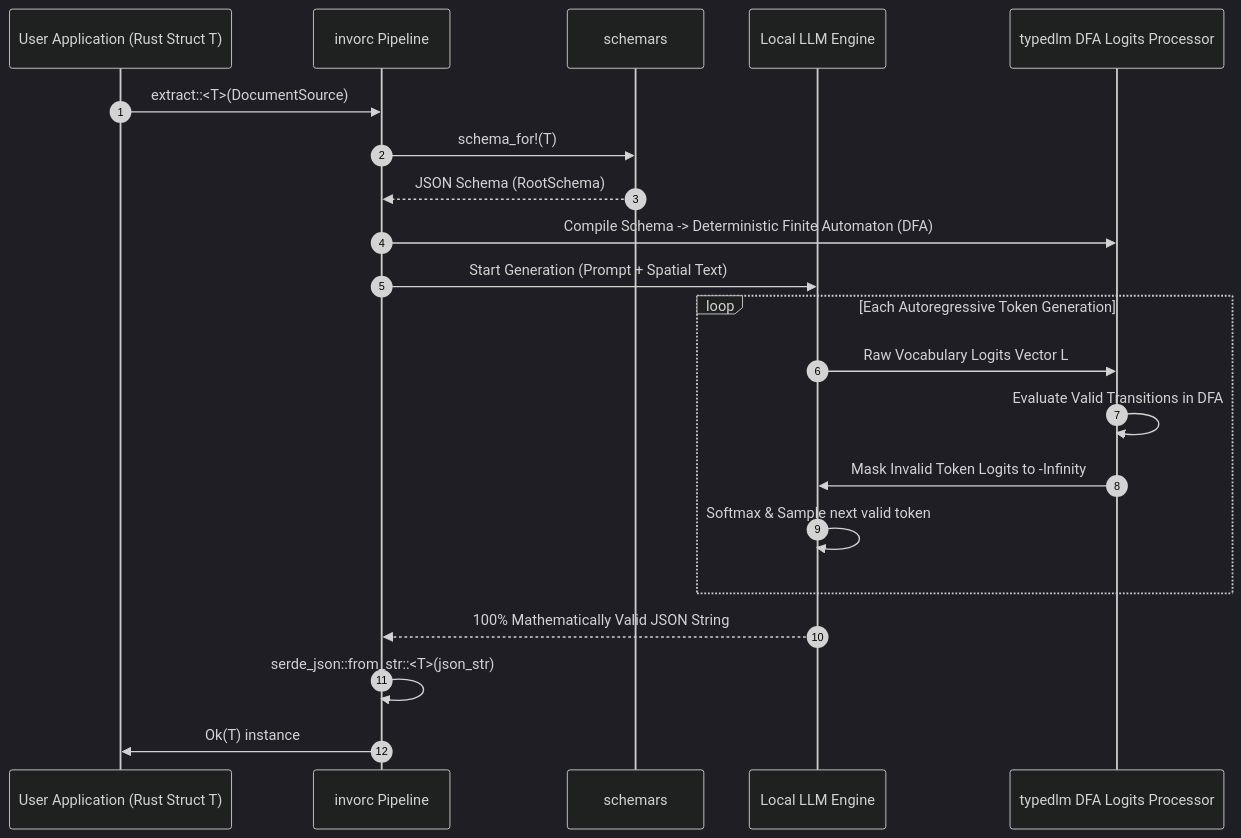
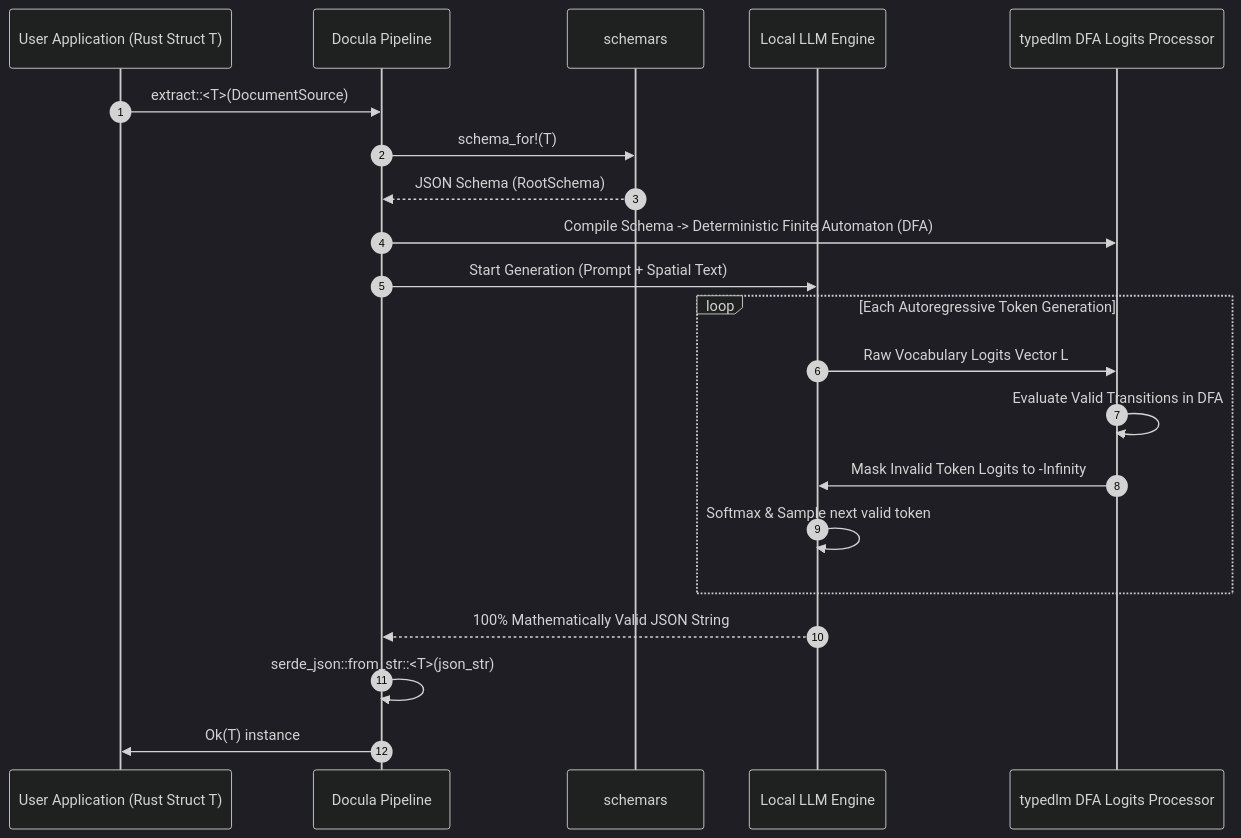
Before and after one commit to yasuomaidana/docula: the diagram in docs/07_STRUCTURED_EXTRACTION_AND_CONSTRAINED_DECODING.md, drawn with Mermaid (dark theme). The commit also changed other lines of this file and 15 other files, not shown here.

````diff
--- a/docs/07_STRUCTURED_EXTRACTION_AND_CONSTRAINED_DECODING.md
+++ b/docs/07_STRUCTURED_EXTRACTION_AND_CONSTRAINED_DECODING.md
@@ -9,26 +9,26 @@
 ```mermaid
 sequenceDiagram
     autonumber
     participant UserApp as User Application (Rust Struct T)
-    participant Engine as invorc Pipeline
+    participant Engine as Docula Pipeline
     participant SchemaEngine as schemars
     participant LLM as Local LLM Engine
     participant LogitsProc as typedlm DFA Logits Processor
 
     UserApp->>Engine: extract::<T>(DocumentSource)
     Engine->>SchemaEngine: schema_for!(T)
     SchemaEngine-->>Engine: JSON Schema (RootSchema)
     Engine->>LogitsProc: Compile Schema -> Deterministic Finite Automaton (DFA)
     Engine->>LLM: Start Generation (Prompt + Spatial Text)
     
     loop Each Autoregressive Token Generation
         LLM->>LogitsProc: Raw Vocabulary Logits Vector L
         LogitsProc->>LogitsProc: Evaluate Valid Transitions in DFA
         LogitsProc->>LLM: Mask Invalid Token Logits to -Infinity
         LLM->>LLM: Softmax & Sample next valid token
     end
     
     LLM-->>Engine: 100% Mathematically Valid JSON String
     Engine->>Engine: serde_json::from_str::<T>(json_str)
     Engine->>UserApp: Ok(T) instance
 ```
````
